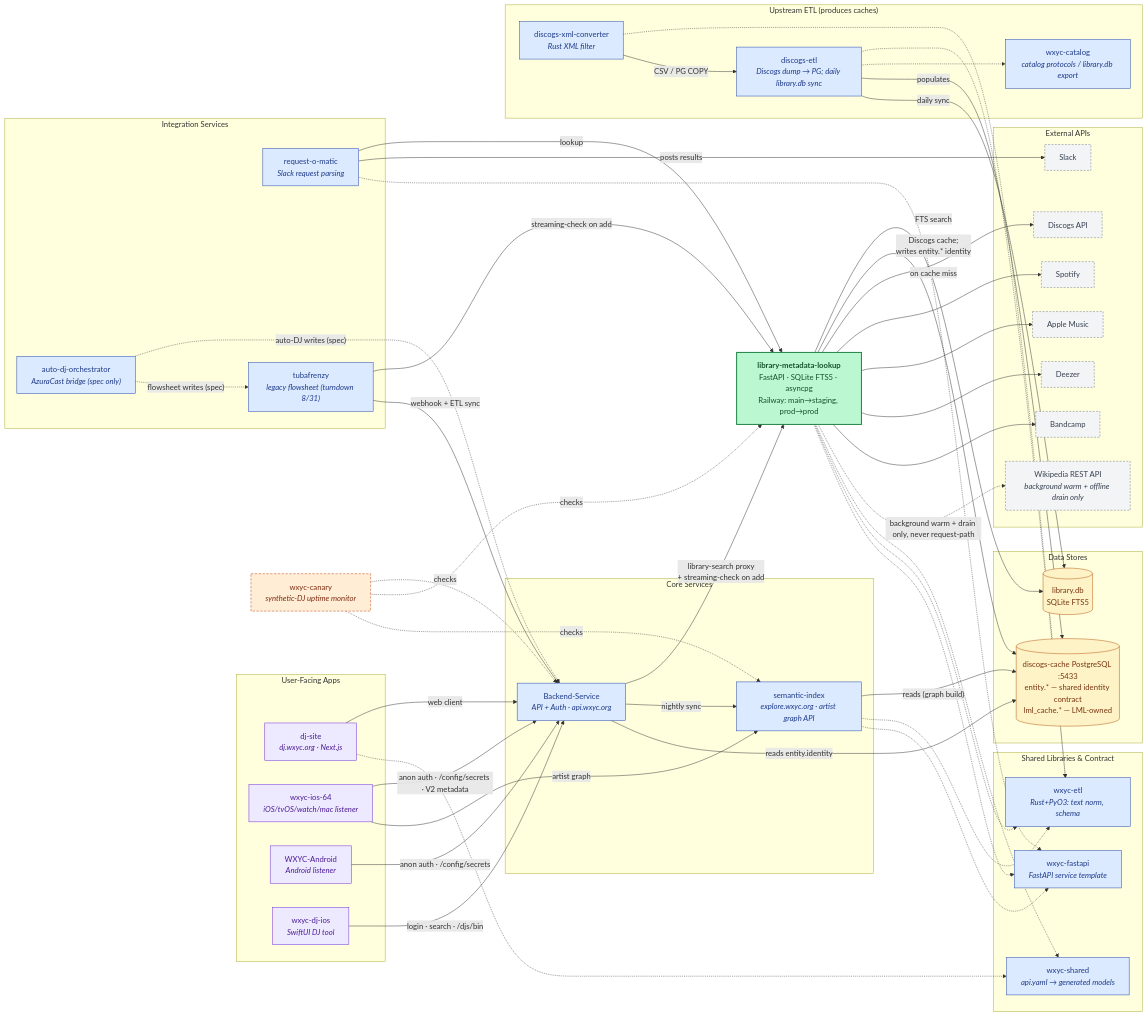
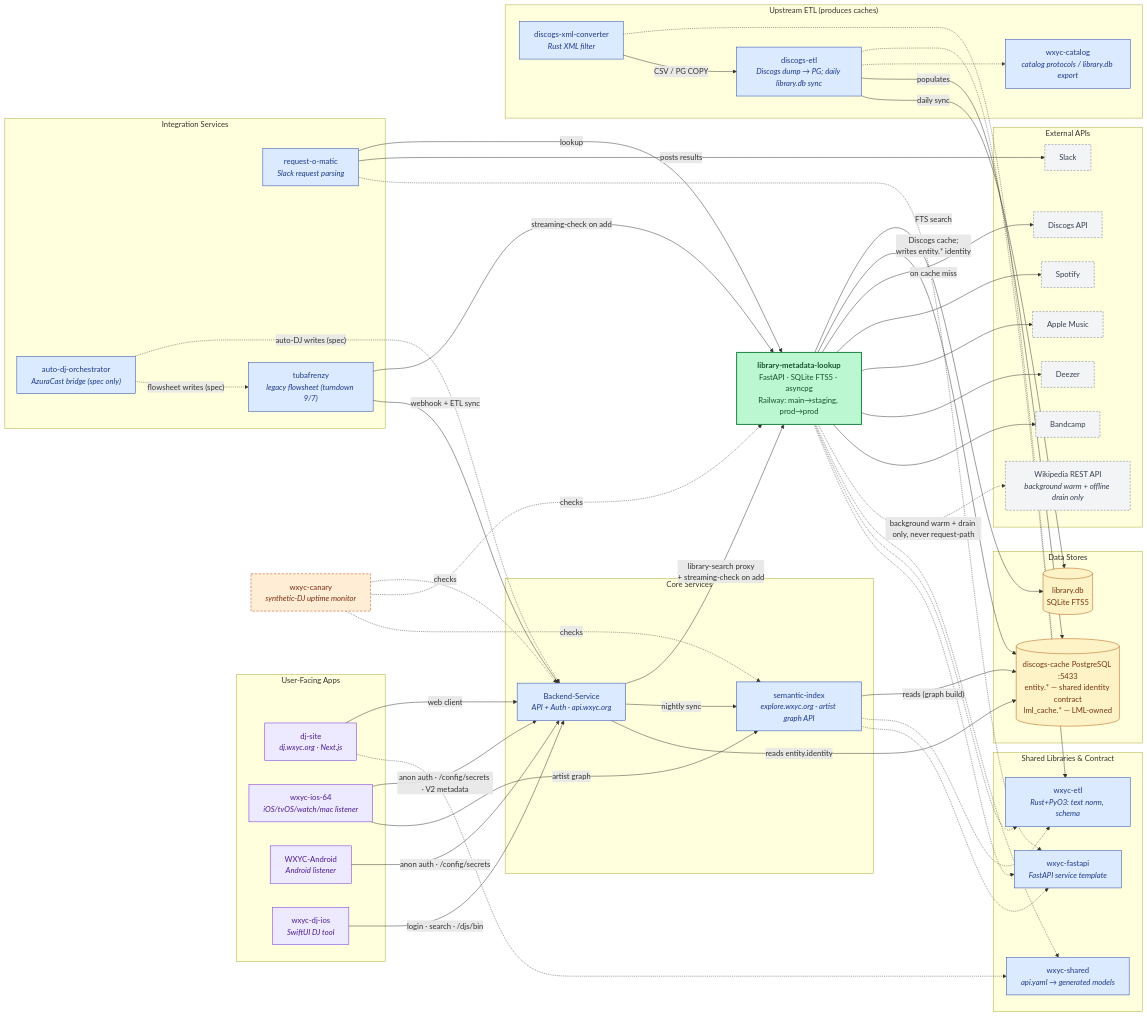
Before and after one commit to WXYC/library-metadata-lookup: the diagram in docs/repo-graph.mmd, drawn with Mermaid.

Commit message:
docs: tubafrenzy cutover is 2026-09-07, not 2026-08-31
The date moved on 2026-08-28. Not an engineering slip: 24 DJs currently on the schedule have either never created a Backend account or never finished the account-creation flow, and the cutover darkens the classic flowsheet UI, which is the only surface they can log a show on. Reaching them is a management task and management is absorbed in hiring the incoming DJ class.

Comment- and doc-only.

Tracking: WXYC/wiki#125.

```diff
--- a/docs/repo-graph.mmd
+++ b/docs/repo-graph.mmd
@@ -14,7 +14,7 @@
     %% ===== Integration services =====
     subgraph services["Integration Services"]
         rom["request-o-matic<br/><i>Slack request parsing</i>"]
-        tf["tubafrenzy<br/><i>legacy flowsheet (turndown 8/31)</i>"]
+        tf["tubafrenzy<br/><i>legacy flowsheet (turndown 9/7)</i>"]
         orch["auto-dj-orchestrator<br/><i>AzuraCast bridge (spec only)</i>"]
     end
 
```
